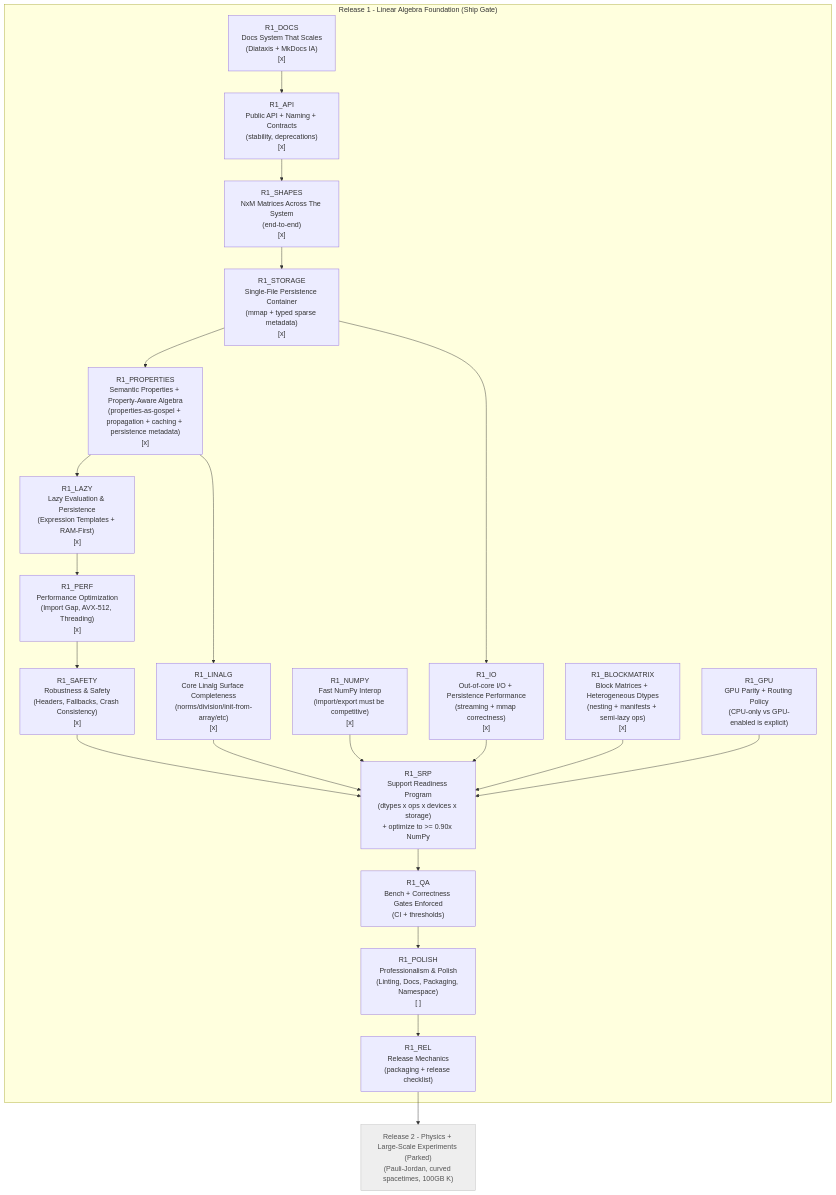
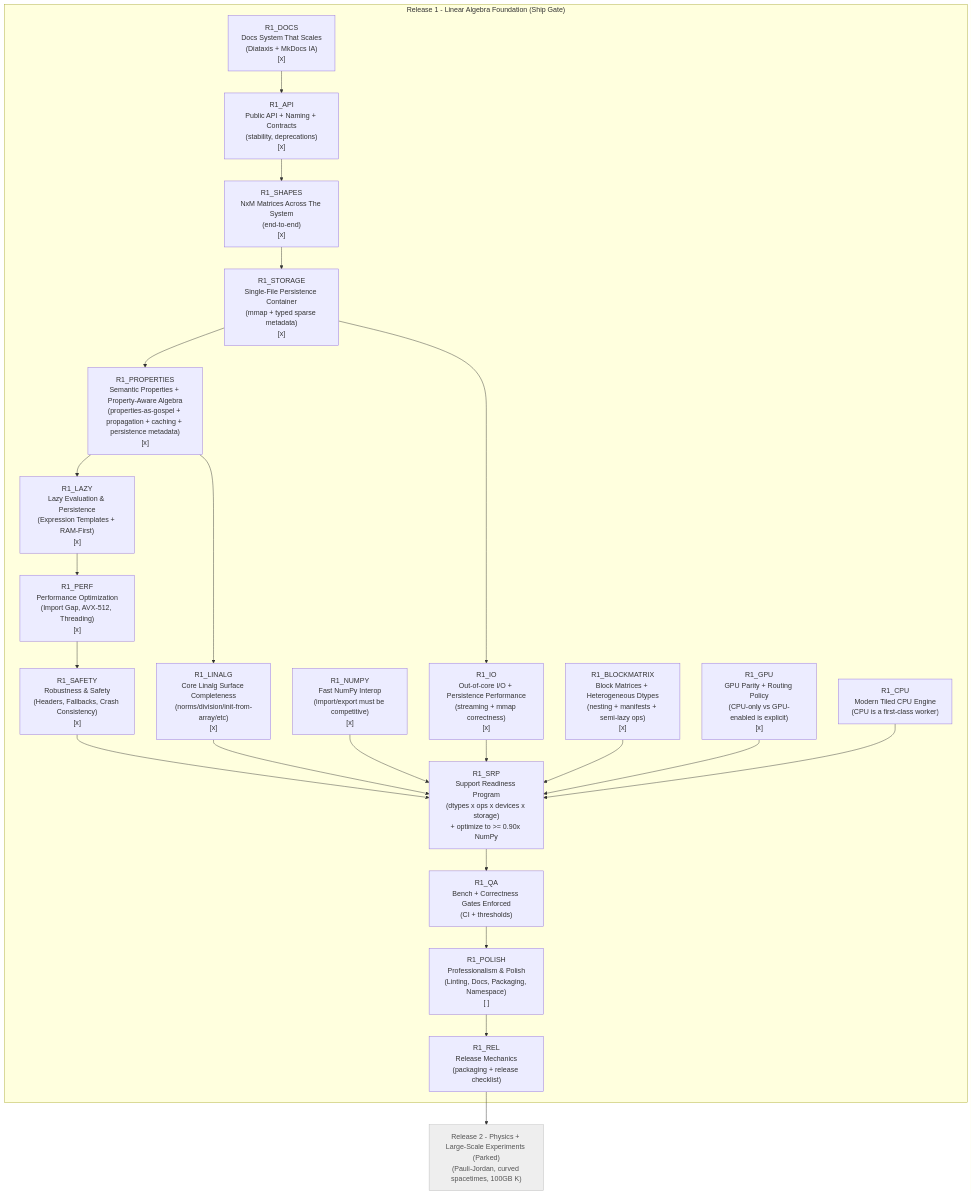
The diagram in documentation/internals/plans/TODO.md (BrorH/pycauset), drawn with Mermaid before and after one commit. The commit also changed other lines of this file and 102 other files, not shown here.

````diff
--- a/documentation/internals/plans/TODO.md
+++ b/documentation/internals/plans/TODO.md
@@ -89,47 +89,49 @@
 ```mermaid
 flowchart TD
     %% Canonical roadmap: node IDs are stable.
     %% Release 1 is the main path; Release 2 (physics) is intentionally parked.
 
     subgraph R1["Release 1 - Linear Algebra Foundation (Ship Gate)"]
         R1_DOCS["R1_DOCS<br/>Docs System That Scales<br/>(Diataxis + MkDocs IA)<br/>[x]"]
         R1_API["R1_API<br/>Public API + Naming + Contracts<br/>(stability, deprecations)<br/>[x]"]
         R1_SHAPES["R1_SHAPES<br/>NxM Matrices Across The System<br/>(end-to-end)<br/>[x]"]
         R1_STORAGE["R1_STORAGE<br/>Single-File Persistence Container<br/>(mmap + typed sparse metadata)<br/>[x]"]
         R1_PROPERTIES["R1_PROPERTIES<br/>Semantic Properties + Property-Aware Algebra<br/>(properties-as-gospel + propagation + caching + persistence metadata)<br/>[x]"]
         R1_LAZY["R1_LAZY<br/>Lazy Evaluation & Persistence<br/>(Expression Templates + RAM-First)<br/>[x]"]
         R1_PERF["R1_PERF<br/>Performance Optimization<br/>(Import Gap, AVX-512, Threading)<br/>[x]"]
         R1_SAFETY["R1_SAFETY<br/>Robustness & Safety<br/>(Headers, Fallbacks, Crash Consistency)<br/>[x]"]
         R1_SRP["R1_SRP<br/>Support Readiness Program<br/>(dtypes x ops x devices x storage)<br/>+ optimize to >= 0.90x NumPy"]
         R1_IO["R1_IO<br/>Out-of-core I/O + Persistence Performance<br/>(streaming + mmap correctness)<br/>[x]"]
         R1_NUMPY["R1_NUMPY<br/>Fast NumPy Interop<br/>(import/export must be competitive)<br/>[x]"]
         R1_LINALG["R1_LINALG<br/>Core Linalg Surface Completeness<br/>(norms/division/init-from-array/etc)<br/>[x]"]
         R1_BLOCKMATRIX["R1_BLOCKMATRIX<br/>Block Matrices + Heterogeneous Dtypes<br/>(nesting + manifests + semi-lazy ops)<br/>[x]"]
-        R1_GPU["R1_GPU<br/>GPU Parity + Routing Policy<br/>(CPU-only vs GPU-enabled is explicit)"]
+        R1_GPU["R1_GPU<br/>GPU Parity + Routing Policy<br/>(CPU-only vs GPU-enabled is explicit)<br/>[x]"]
+        R1_CPU["R1_CPU<br/>Modern Tiled CPU Engine<br/>(CPU is a first-class worker)"]
         R1_QA["R1_QA<br/>Bench + Correctness Gates Enforced<br/>(CI + thresholds)"]
         R1_POLISH["R1_POLISH<br/>Professionalism & Polish<br/>(Linting, Docs, Packaging, Namespace)<br/>[ ]"]
         R1_REL["R1_REL<br/>Release Mechanics<br/>(packaging + release checklist)"]
     end
 
     %% Main dependency chain (the path)
     R1_DOCS --> R1_API --> R1_SHAPES --> R1_STORAGE --> R1_PROPERTIES --> R1_LAZY --> R1_PERF --> R1_SAFETY --> R1_SRP --> R1_QA --> R1_POLISH --> R1_REL
 
     %% Parallel prerequisites feeding SRP/QA
     R1_IO --> R1_SRP
     R1_NUMPY --> R1_SRP
     R1_LINALG --> R1_SRP
     R1_BLOCKMATRIX --> R1_SRP
     R1_GPU --> R1_SRP
+    R1_CPU --> R1_SRP
 
     %% Storage also feeds IO directly
     R1_STORAGE --> R1_IO
 
     %% Properties feed linalg correctness/dispatch (and therefore SRP)
     R1_PROPERTIES --> R1_LINALG
 
     %% Post-R1: physics release parked (not detailed here)
     R2_PHYS["Release 2 - Physics + Large-Scale Experiments (Parked)<br/>(Pauli-Jordan, curved spacetimes, 100GB K)"]:::parked
     R1_REL --> R2_PHYS
 
     classDef parked fill:#eee,stroke:#bbb,color:#555
 ```
````
